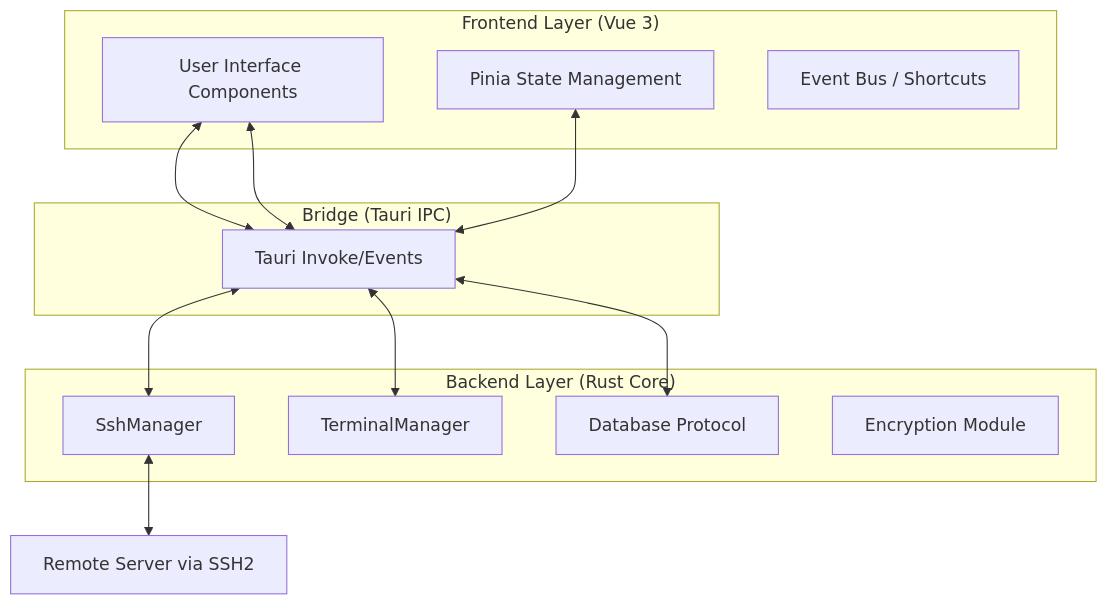
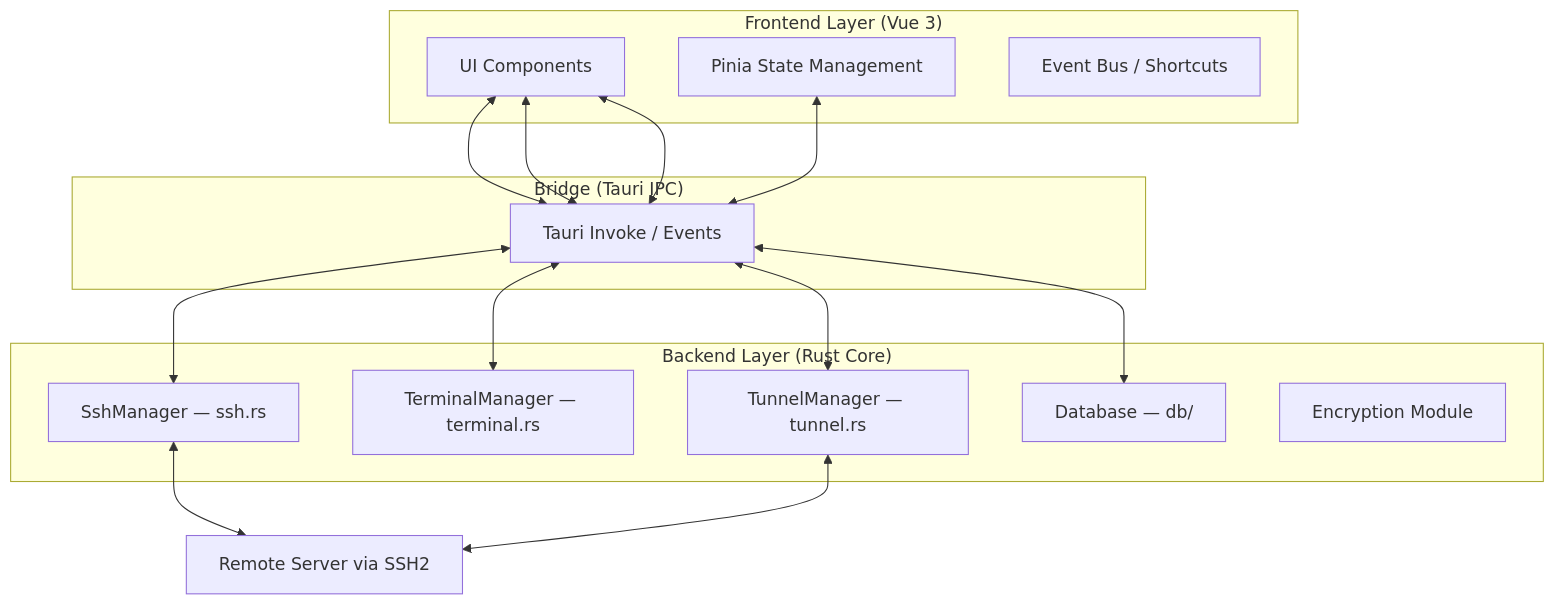
The first of 3 diagrams in README.md (chengvar-glitch/nexashell), drawn with Mermaid before and after one commit. The commit also changed other lines of this file and 2 other files, not shown here.

````diff
--- a/README.md
+++ b/README.md
@@ -63,24 +66,27 @@
 ```mermaid
 graph TD
     subgraph "Frontend Layer (Vue 3)"
-        UI[User Interface Components]
+        UI[UI Components]
         Store[Pinia State Management]
         EB[Event Bus / Shortcuts]
     end
 
     subgraph "Bridge (Tauri IPC)"
-        Invoke[Tauri Invoke/Events]
+        Invoke[Tauri Invoke / Events]
     end
 
     subgraph "Backend Layer (Rust Core)"
-        SM[SshManager]
-        TM[TerminalManager]
-        DB[Database Protocol]
+        SSH[SshManager — ssh.rs]
+        TERM[TerminalManager — terminal.rs]
+        TUN[TunnelManager — tunnel.rs]
+        DB[Database — db/]
         SEC[Encryption Module]
     end
 
-    UI <--> Invoke <--> SM
-    UI <--> Invoke <--> TM
+    UI <--> Invoke <--> SSH
+    UI <--> Invoke <--> TERM
+    UI <--> Invoke <--> TUN
     Store <--> Invoke <--> DB
-    SM <--> SSH[Remote Server via SSH2]
+    SSH <--> Remote[Remote Server via SSH2]
+    TUN <--> Remote
 ```
````
